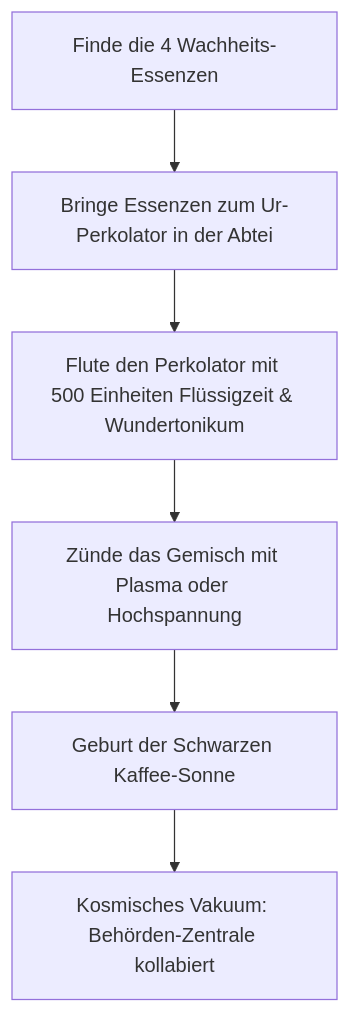
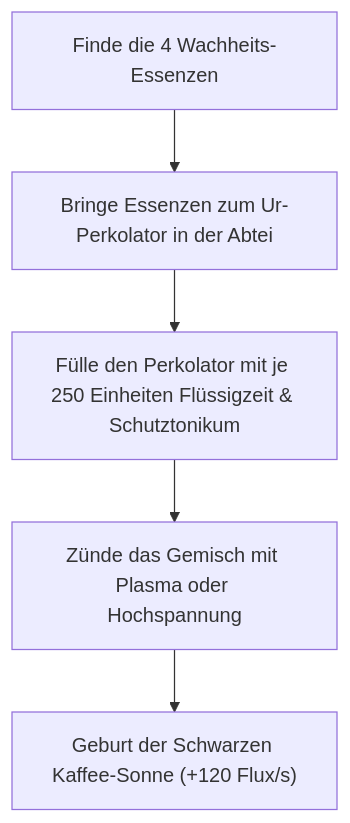
Before and after one commit to TGBox/py-noita-claude: the diagram in docs/erweiterung/05-behoerdenalarm-und-endgame.md, drawn with Mermaid. The commit also changed other lines of this file and 21 other files, not shown here.

````diff
--- a/docs/erweiterung/05-behoerdenalarm-und-endgame.md
+++ b/docs/erweiterung/05-behoerdenalarm-und-endgame.md
@@ -53,8 +49,7 @@
 ```mermaid
 flowchart TD
     A["Finde die 4 Wachheits-Essenzen"] --> B["Bringe Essenzen zum Ur-Perkolator in der Abtei"]
-    B --> C["Flute den Perkolator mit 500 Einheiten Flüssigzeit & Wundertonikum"]
+    B --> C["Fülle den Perkolator mit je 250 Einheiten Flüssigzeit & Schutztonikum"]
     C --> D["Zünde das Gemisch mit Plasma oder Hochspannung"]
-    D --> E["Geburt der Schwarzen Kaffee-Sonne"]
-    E --> F["Kosmisches Vakuum: Behörden-Zentrale kollabiert"]
+    D --> E["Geburt der Schwarzen Kaffee-Sonne (+120 Flux/s)"]
 ```
````
